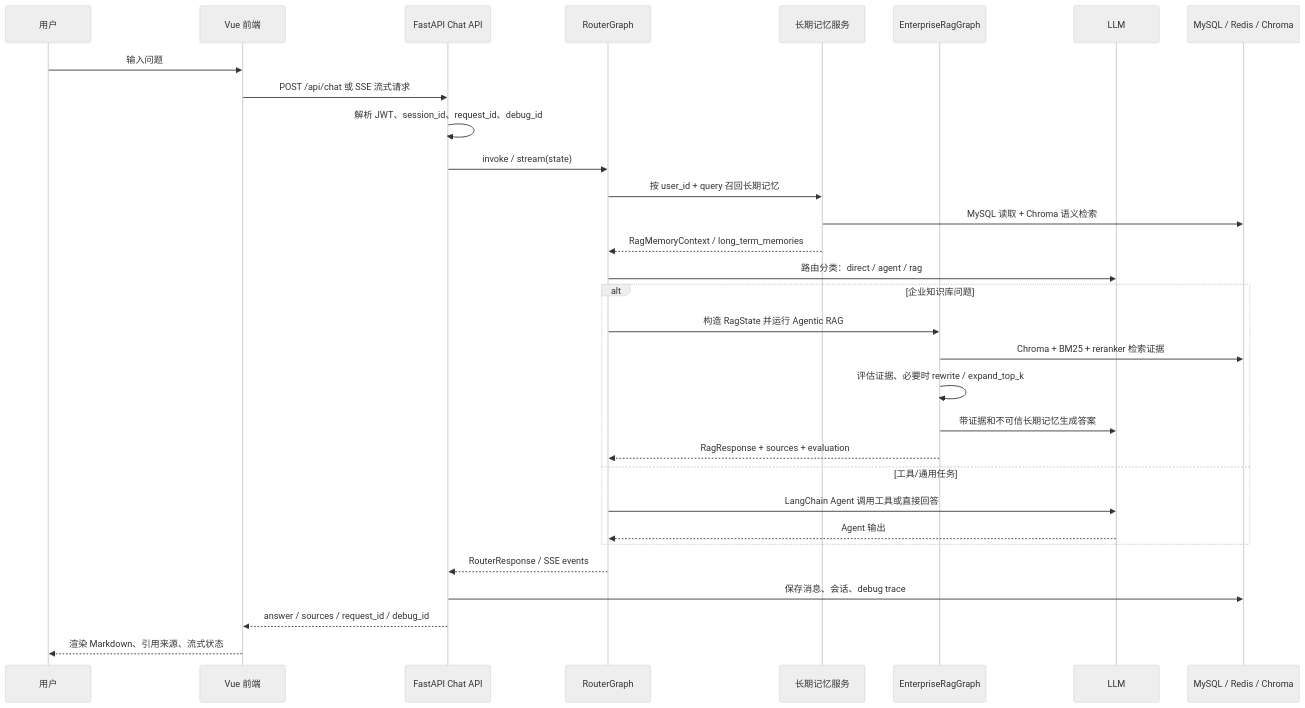
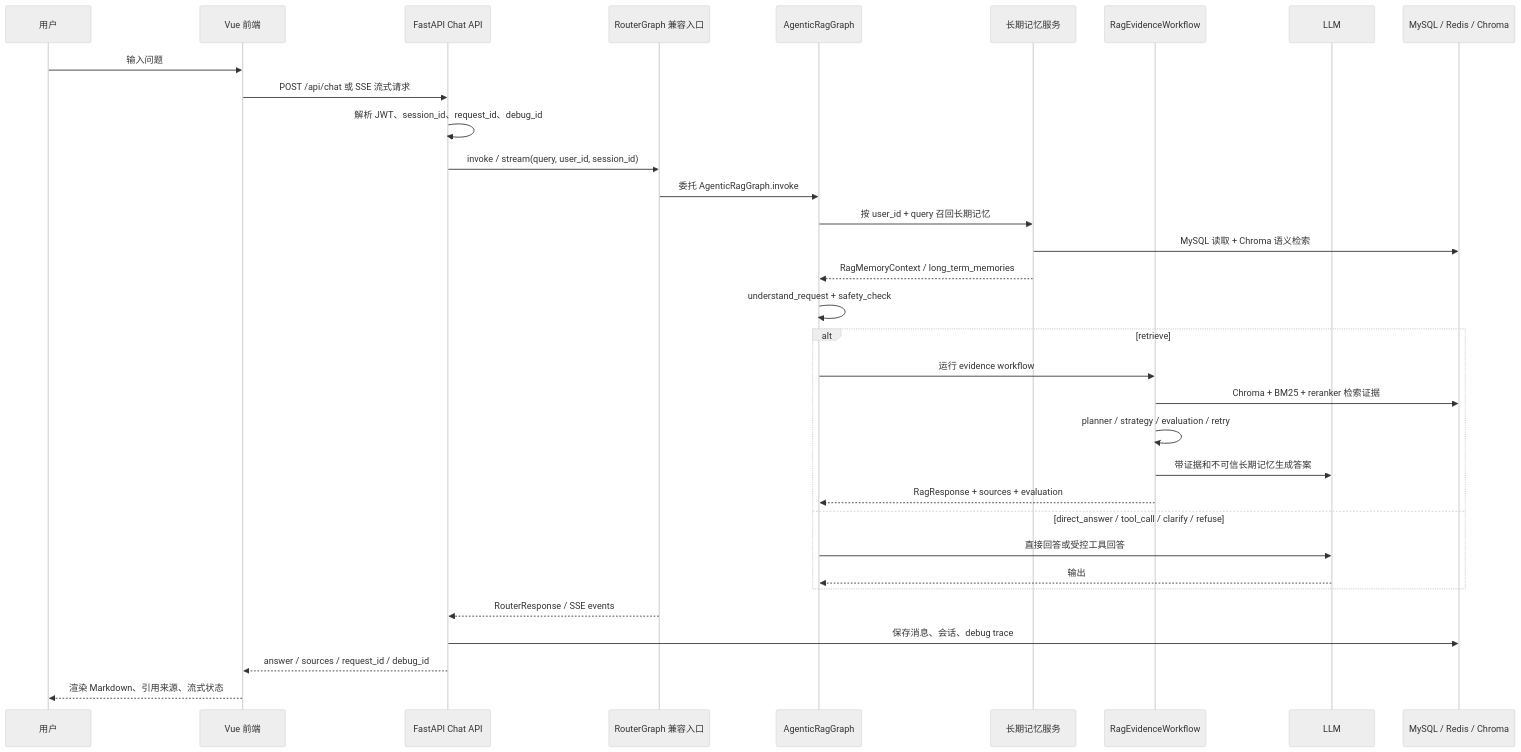
One commit to Aria-doufan/NexusKB- changed the second of 15 diagrams in docs/project_guide/NEXUSKB_PROJECT_FLOWCHARTS.md. Above: the diagram before and after it, drawn with Mermaid (neutral theme). The commit also changed other lines of this file and 13 other files, not shown here.

Commit message:
Document Agentic RAG mainline ownership

````diff
--- a/docs/project_guide/NEXUSKB_PROJECT_FLOWCHARTS.md
+++ b/docs/project_guide/NEXUSKB_PROJECT_FLOWCHARTS.md
@@ -45,36 +46,38 @@
 ```mermaid
 sequenceDiagram
     participant U as 用户
     participant F as Vue 前端
     participant API as FastAPI Chat API
-    participant R as RouterGraph
+    participant R as RouterGraph 兼容入口
+    participant AG as AgenticRagGraph
     participant M as 长期记忆服务
-    participant ER as EnterpriseRagGraph
+    participant WF as RagEvidenceWorkflow
     participant LLM as LLM
     participant DB as MySQL / Redis / Chroma
 
     U->>F: 输入问题
     F->>API: POST /api/chat 或 SSE 流式请求
     API->>API: 解析 JWT、session_id、request_id、debug_id
-    API->>R: invoke / stream(state)
-    R->>M: 按 user_id + query 召回长期记忆
+    API->>R: invoke / stream(query, user_id, session_id)
+    R->>AG: 委托 AgenticRagGraph.invoke
+    AG->>M: 按 user_id + query 召回长期记忆
     M->>DB: MySQL 读取 + Chroma 语义检索
-    M-->>R: RagMemoryContext / long_term_memories
-    R->>LLM: 路由分类：direct / agent / rag
+    M-->>AG: RagMemoryContext / long_term_memories
+    AG->>AG: understand_request + safety_check
 
-    alt 企业知识库问题
-        R->>ER: 构造 RagState 并运行 Agentic RAG
-        ER->>DB: Chroma + BM25 + reranker 检索证据
-        ER->>ER: 评估证据、必要时 rewrite / expand_top_k
-        ER->>LLM: 带证据和不可信长期记忆生成答案
-        ER-->>R: RagResponse + sources + evaluation
-    else 工具/通用任务
-        R->>LLM: LangChain Agent 调用工具或直接回答
-        LLM-->>R: Agent 输出
+    alt retrieve
+        AG->>WF: 运行 evidence workflow
+        WF->>DB: Chroma + BM25 + reranker 检索证据
+        WF->>WF: planner / strategy / evaluation / retry
+        WF->>LLM: 带证据和不可信长期记忆生成答案
+        WF-->>AG: RagResponse + sources + evaluation
+    else direct_answer / tool_call / clarify / refuse
+        AG->>LLM: 直接回答或受控工具回答
+        LLM-->>AG: 输出
     end
 
     R-->>API: RouterResponse / SSE events
     API->>DB: 保存消息、会话、debug trace
     API-->>F: answer / sources / request_id / debug_id
     F-->>U: 渲染 Markdown、引用来源、流式状态
 ```
````
